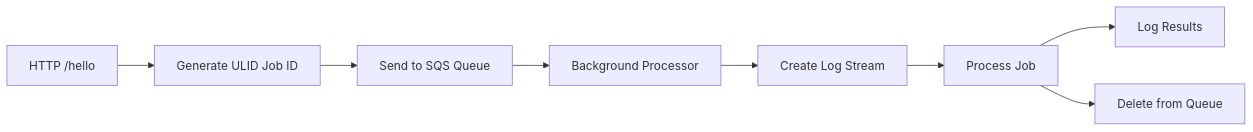
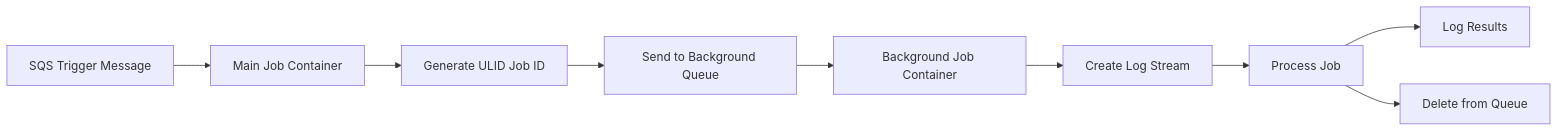
Before and after one commit to nadtakanfuthoem/serverless-job-queue: the diagram in README.md, drawn with Mermaid. The commit also changed other lines of this file, not shown here.

````diff
--- a/README.md
+++ b/README.md
@@ -132,10 +132,11 @@
 ```mermaid
 graph LR
-    A[HTTP /hello] --> B[Generate ULID Job ID]
-    B --> C[Send to SQS Queue]
-    C --> D[Background Processor]
-    D --> E[Create Log Stream]
-    E --> F[Process Job]
-    F --> G[Log Results]
-    F --> H[Delete from Queue]
+    A[SQS Trigger Message] --> B[Main Job Container]
+    B --> C[Generate ULID Job ID]
+    C --> D[Send to Background Queue]
+    D --> E[Background Job Container]
+    E --> F[Create Log Stream]
+    F --> G[Process Job]
+    G --> H[Log Results]
+    G --> I[Delete from Queue]
 ```
````
